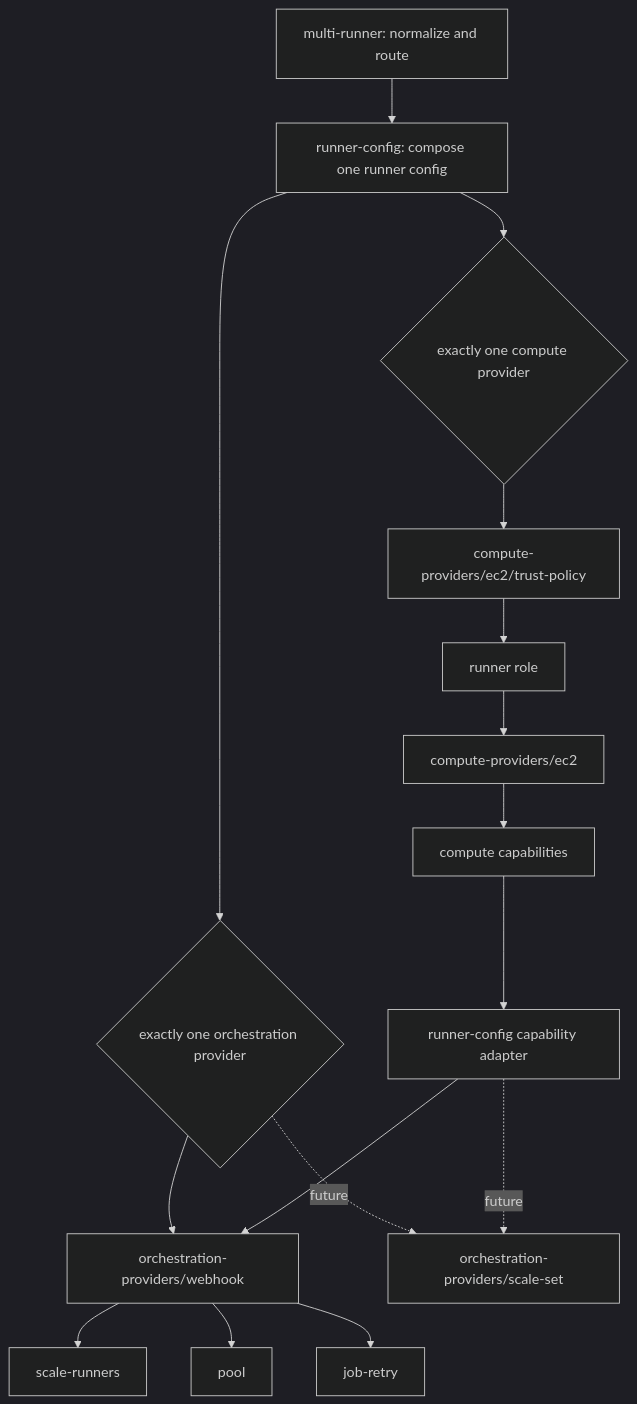
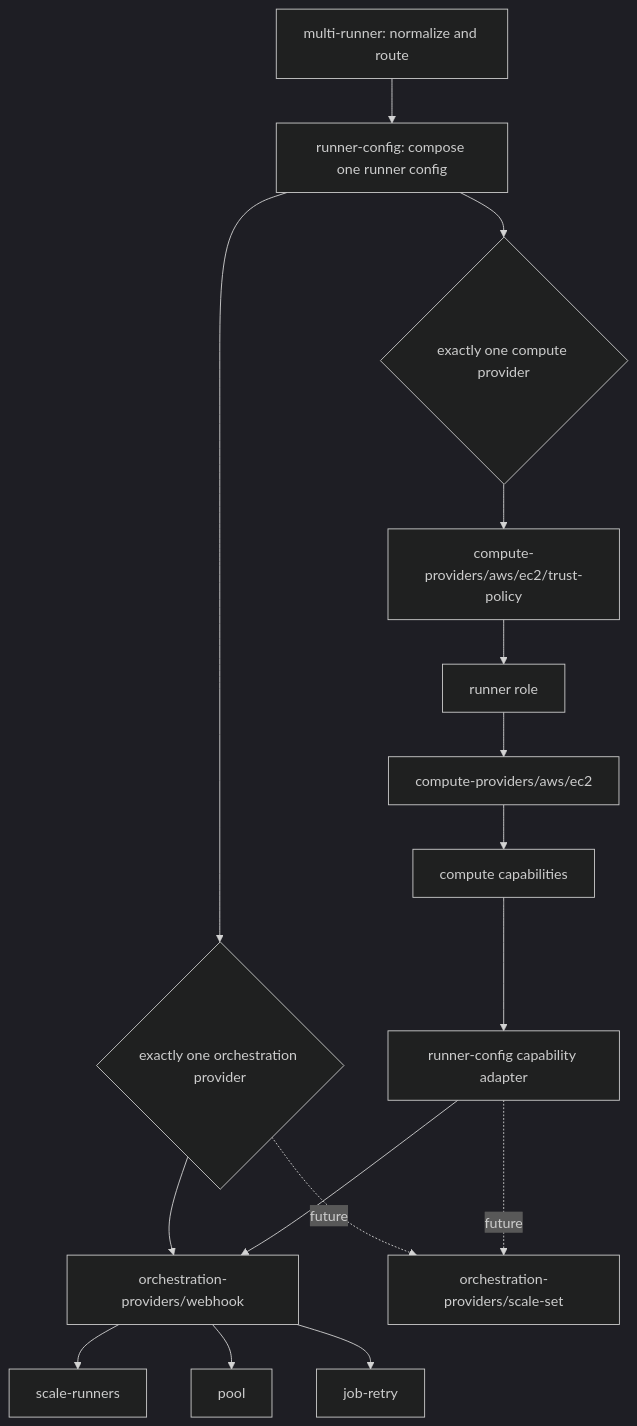
The diagram in docs/adr/002-runner-orchestration-provider-boundary.md (github-aws-runners/terraform-aws-github-runner), drawn with Mermaid (dark theme) before and after one commit. The commit also changed other lines of this file and 57 other files, not shown here.

Commit message:
feat(compute-providers): namespace AWS EC2 provider

````diff
--- a/docs/adr/002-runner-orchestration-provider-boundary.md
+++ b/docs/adr/002-runner-orchestration-provider-boundary.md
@@ -134,18 +136,18 @@
 ```mermaid
 flowchart TD
   Multi["multi-runner: normalize and route"] --> Config["runner-config: compose one runner config"]
   Config --> Selector{"exactly one orchestration provider"}
   Selector --> Webhook["orchestration-providers/webhook"]
   Selector -. future .-> ScaleSet["orchestration-providers/scale-set"]
   Config --> ComputeSelector{"exactly one compute provider"}
-  ComputeSelector --> Trust["compute-providers/ec2/trust-policy"]
+  ComputeSelector --> Trust["compute-providers/aws/ec2/trust-policy"]
   Trust --> Role["runner role"]
-  Role --> EC2["compute-providers/ec2"]
+  Role --> EC2["compute-providers/aws/ec2"]
   EC2 --> Capabilities["compute capabilities"]
   Capabilities --> Adapter["runner-config capability adapter"]
   Adapter --> Webhook
   Adapter -. future .-> ScaleSet
   Webhook --> Scale["scale-runners"]
   Webhook --> Pool["pool"]
   Webhook --> Retry["job-retry"]
 ```
````
